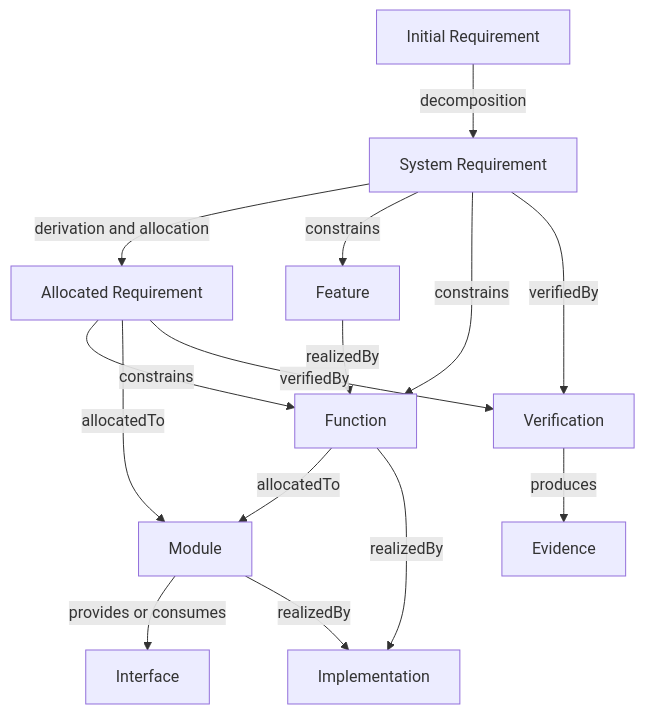
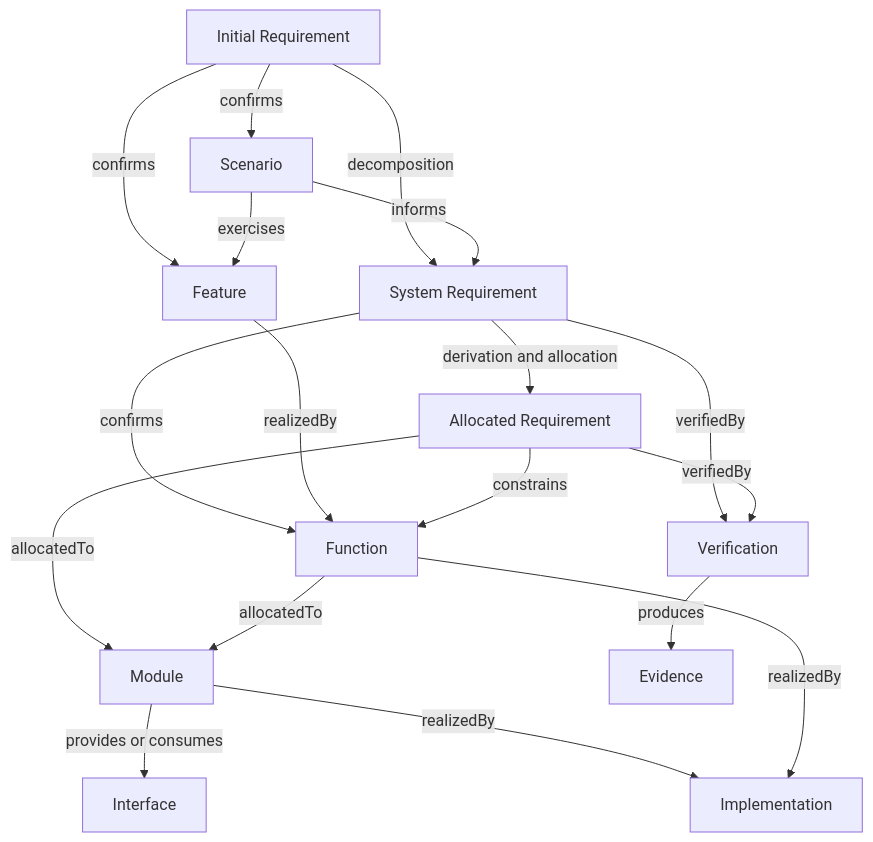
Before and after one commit to xiongxianfei/rigorloop: the diagram in rem/models/README.md, drawn with Mermaid. The commit also changed other lines of this file and 11 other files, not shown here.

````diff
--- a/rem/models/README.md
+++ b/rem/models/README.md
@@ -13,17 +13,20 @@
 ```mermaid
 flowchart TD
     IR[Initial Requirement] -->|decomposition| SR[System Requirement]
     SR -->|derivation and allocation| AR[Allocated Requirement]
-    SR -->|constrains| FEAT[Feature]
-    SR -->|constrains| FUNC[Function]
+    IR -->|confirms| FEAT[Feature]
+    IR -->|confirms| SCN[Scenario]
+    SCN -->|exercises| FEAT
+    SCN -->|informs| SR
+    SR -->|confirms| FUNC[Function]
     FEAT -->|realizedBy| FUNC
     AR -->|constrains| FUNC
     AR -->|allocatedTo| MOD[Module]
     FUNC -->|allocatedTo| MOD
     MOD -->|provides or consumes| IF[Interface]
     MOD -->|realizedBy| IMPL[Implementation]
     FUNC -->|realizedBy| IMPL
     SR -->|verifiedBy| VER[Verification]
     AR -->|verifiedBy| VER
     VER -->|produces| EV[Evidence]
 ```
````
